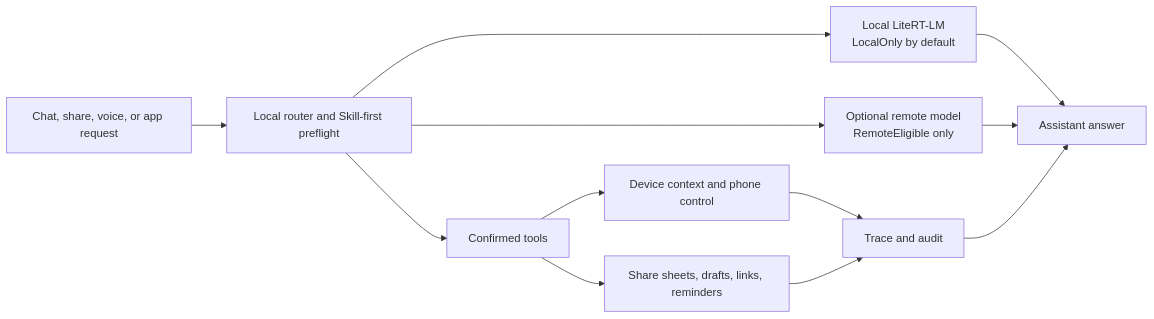
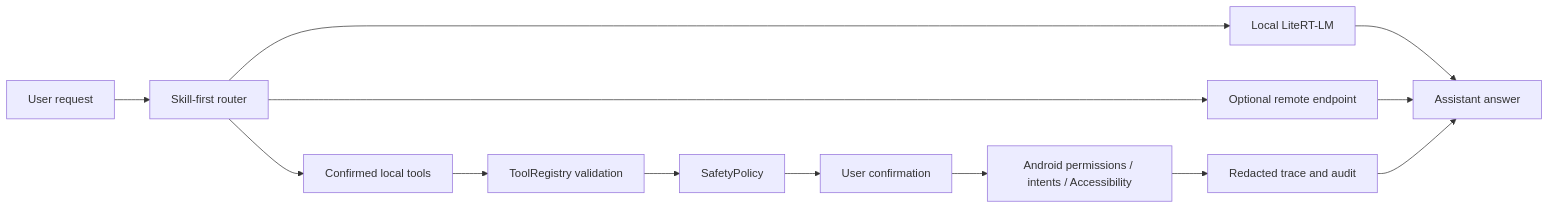
Before and after one commit to William-zgx/solin-android: the first of 2 diagrams in README.md, drawn with Mermaid. The commit also changed other lines of this file and 11 other files, not shown here.

````diff
--- a/README.md
+++ b/README.md
@@ -20,14 +29,15 @@
 ```mermaid
 flowchart LR
-    Input["Chat, share, voice, or app request"] --> Router["Local router and Skill-first preflight"]
-    Router --> Local["Local LiteRT-LM\nLocalOnly by default"]
-    Router --> Remote["Optional remote model\nRemoteEligible only"]
-    Router --> Tools["Confirmed tools"]
-    Tools --> Device["Device context and phone control"]
-    Tools --> External["Share sheets, drafts, links, reminders"]
+    User["User request"] --> Router["Skill-first router"]
+    Router --> Local["Local LiteRT-LM"]
+    Router --> Remote["Optional remote endpoint"]
+    Router --> Tools["Confirmed local tools"]
+    Tools --> Registry["ToolRegistry validation"]
+    Registry --> Safety["SafetyPolicy"]
+    Safety --> Confirm["User confirmation"]
+    Confirm --> Android["Android permissions / intents / Accessibility"]
     Local --> Answer["Assistant answer"]
     Remote --> Answer
-    Device --> Trace["Trace and audit"]
-    External --> Trace
-    Trace --> Answer
+    Android --> Audit["Redacted trace and audit"]
+    Audit --> Answer
 ```
````
